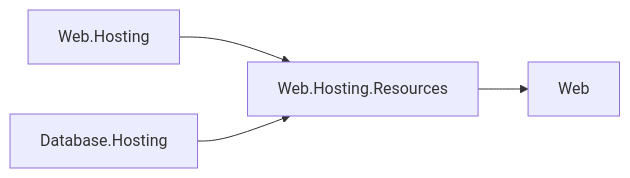
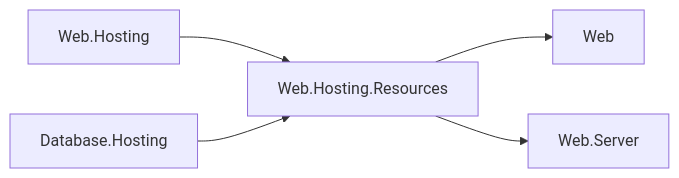
The diagram in docs/resources/Web/DESIGN.md (assimalign/cohesion), drawn with Mermaid before and after one commit. The commit also changed other lines of this file and 2 other files, not shown here.

First line of the commit message:
fix(web): point the area record and Web.ErrorHandling docs at the contracts' new homes [L03.01.01.36]

````diff
--- a/docs/resources/Web/DESIGN.md
+++ b/docs/resources/Web/DESIGN.md
@@ -14,6 +14,7 @@
 ```mermaid
 flowchart LR
     WebHost["Web.Hosting"] --> Terminal["Web.Hosting.Resources"]
     DbHost["Database.Hosting"] --> Terminal
     Terminal --> Web["Web"]
+    Terminal --> Server["Web.Server"]
 ```
````
